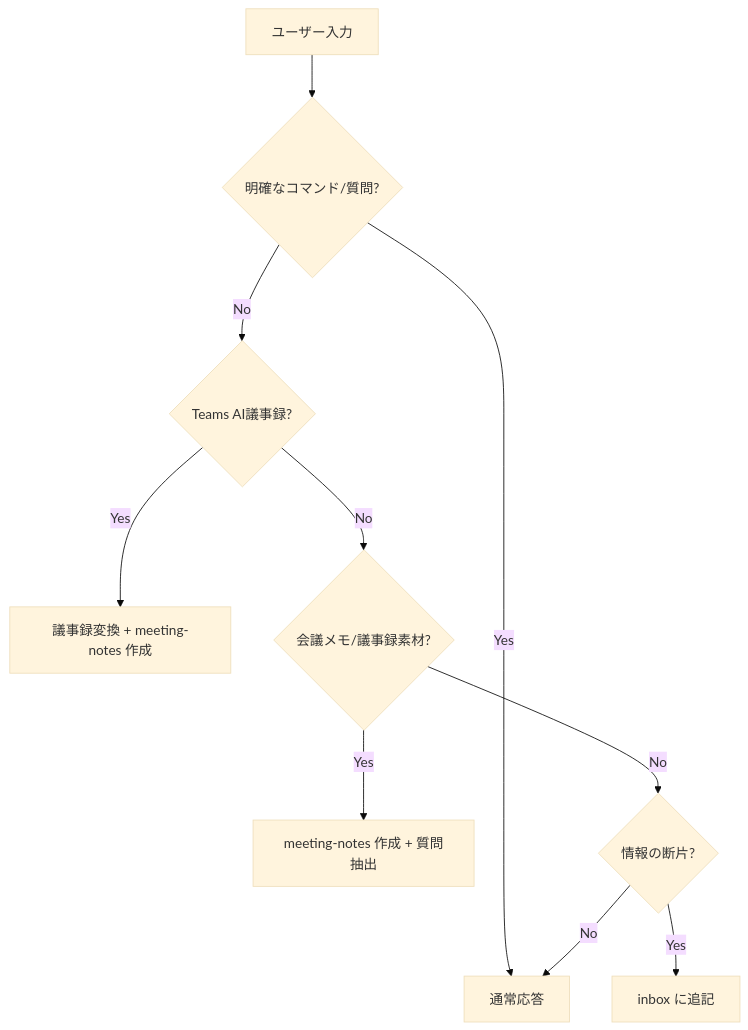
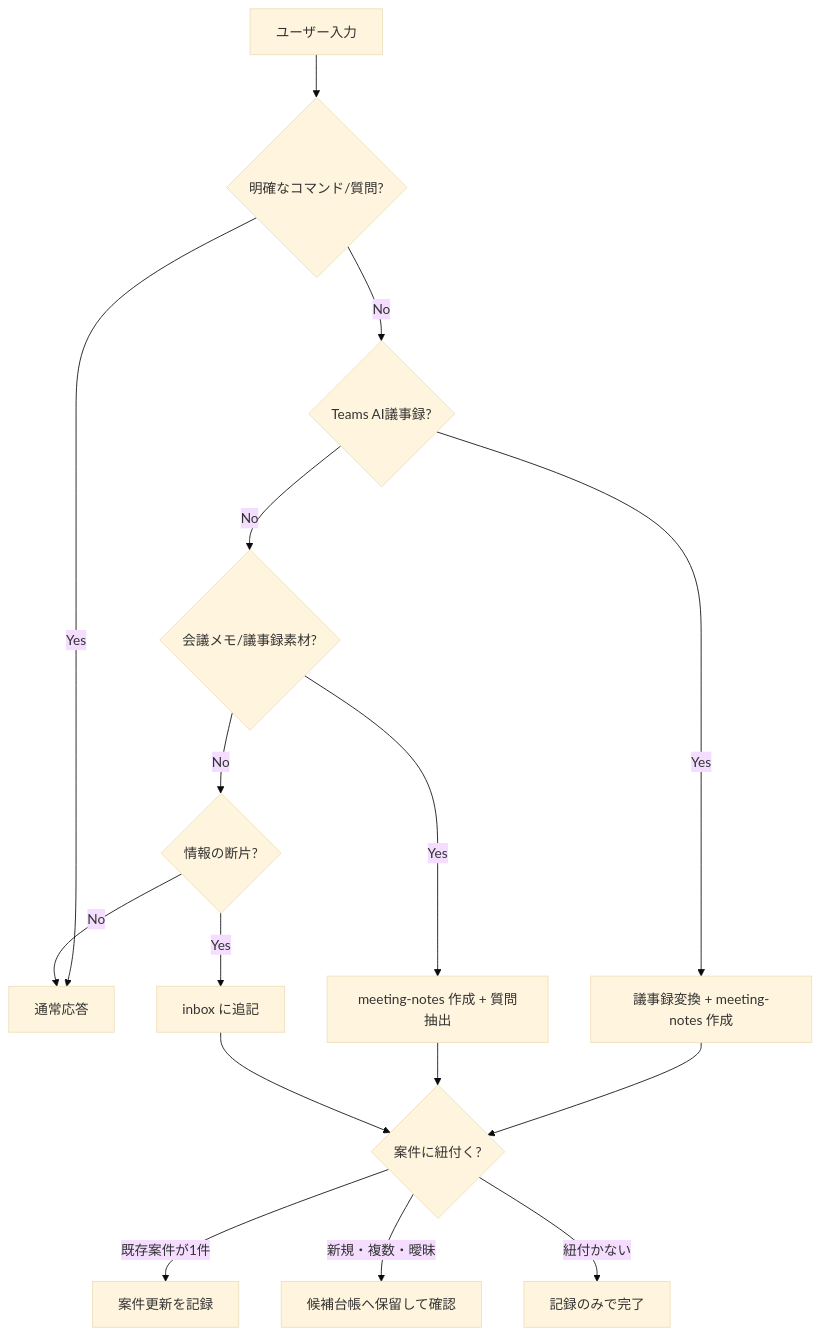
The diagram in customer-workspace/assets/copilot-instructions.md (aktsmm/Agent-Skills), drawn with Mermaid (base theme) before and after one commit. The commit also changed other lines of this file and 11 other files, not shown here.

````diff
--- a/customer-workspace/assets/copilot-instructions.md
+++ b/customer-workspace/assets/copilot-instructions.md
@@ -41,12 +41,18 @@
 ```mermaid
 graph TD
     A[ユーザー入力] --> B{明確なコマンド/質問?}
     B -->|Yes| C[通常応答]
     B -->|No| D{Teams AI議事録?}
     D -->|Yes| E[議事録変換 + meeting-notes 作成]
     D -->|No| F{会議メモ/議事録素材?}
     F -->|Yes| G[meeting-notes 作成 + 質問抽出]
     F -->|No| H{情報の断片?}
     H -->|Yes| I[inbox に追記]
     H -->|No| C
+  E --> J{案件に紐付く?}
+  G --> J
+  I --> J
+  J -->|既存案件が1件| K[案件更新を記録]
+  J -->|新規・複数・曖昧| L[候補台帳へ保留して確認]
+  J -->|紐付かない| M[記録のみで完了]
 ```
````
